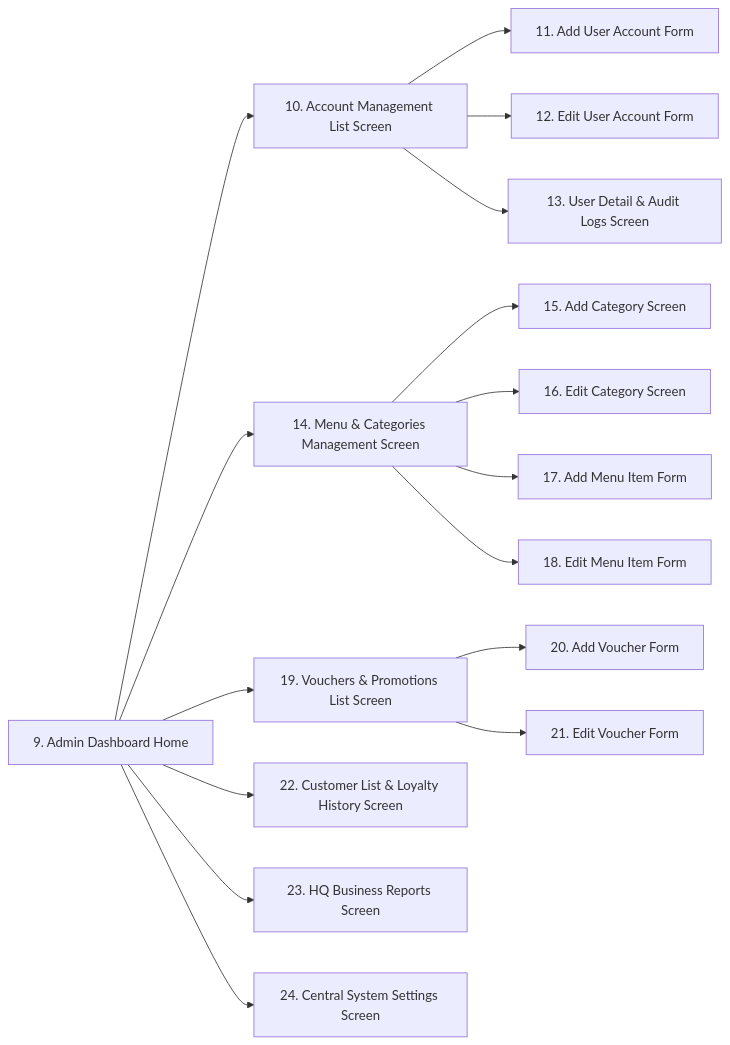
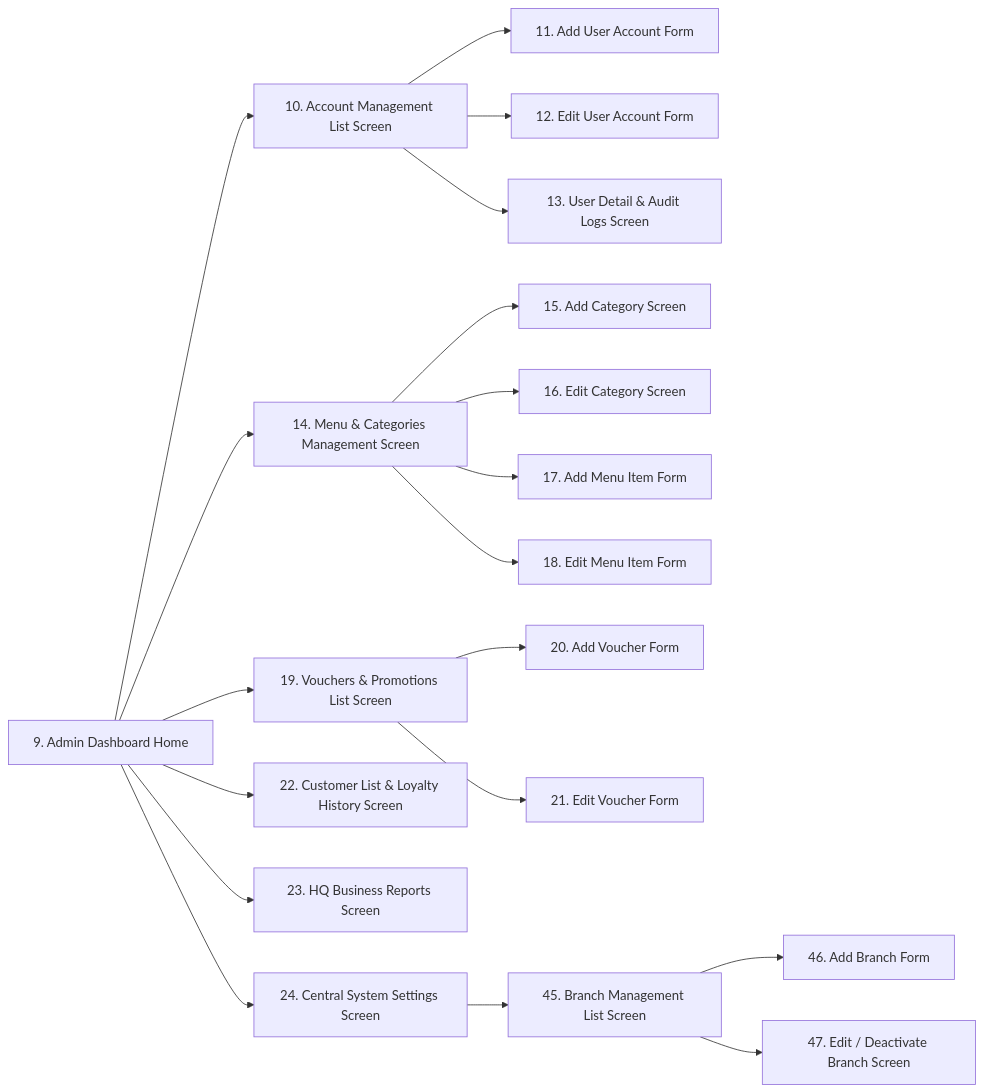
One commit to Shaichi/Khoga_coffe_shop changed the second of 6 diagrams in sections/03_1_functional_overview.md. Above: the diagram before and after it, drawn with Mermaid. The commit also changed other lines of this file and 9 other files, not shown here.

````diff
--- a/sections/03_1_functional_overview.md
+++ b/sections/03_1_functional_overview.md
@@ -30,23 +30,26 @@
 ```mermaid
 graph LR
     AdminHome[9. Admin Dashboard Home] --> ManageUsers[10. Account Management List Screen]
     ManageUsers --> AddUser[11. Add User Account Form]
     ManageUsers --> EditUser[12. Edit User Account Form]
     ManageUsers --> ViewUser[13. User Detail & Audit Logs Screen]
     
     AdminHome --> ManageMenu[14. Menu & Categories Management Screen]
     ManageMenu --> AddCat[15. Add Category Screen]
     ManageMenu --> EditCat[16. Edit Category Screen]
     ManageMenu --> AddMenu[17. Add Menu Item Form]
     ManageMenu --> EditMenu[18. Edit Menu Item Form]
     
     AdminHome --> ManagePromo[19. Vouchers & Promotions List Screen]
     ManagePromo --> AddVoucher[20. Add Voucher Form]
     ManagePromo --> EditVoucher[21. Edit Voucher Form]
     
     AdminHome --> CustomerRegistry[22. Customer List & Loyalty History Screen]
     
     AdminHome --> HQReports[23. HQ Business Reports Screen]
     
     AdminHome --> CentralConfig[24. Central System Settings Screen]
+    CentralConfig --> BranchMgmt[45. Branch Management List Screen]
+    BranchMgmt --> AddBranch[46. Add Branch Form]
+    BranchMgmt --> EditBranch[47. Edit / Deactivate Branch Screen]
 ```
````
